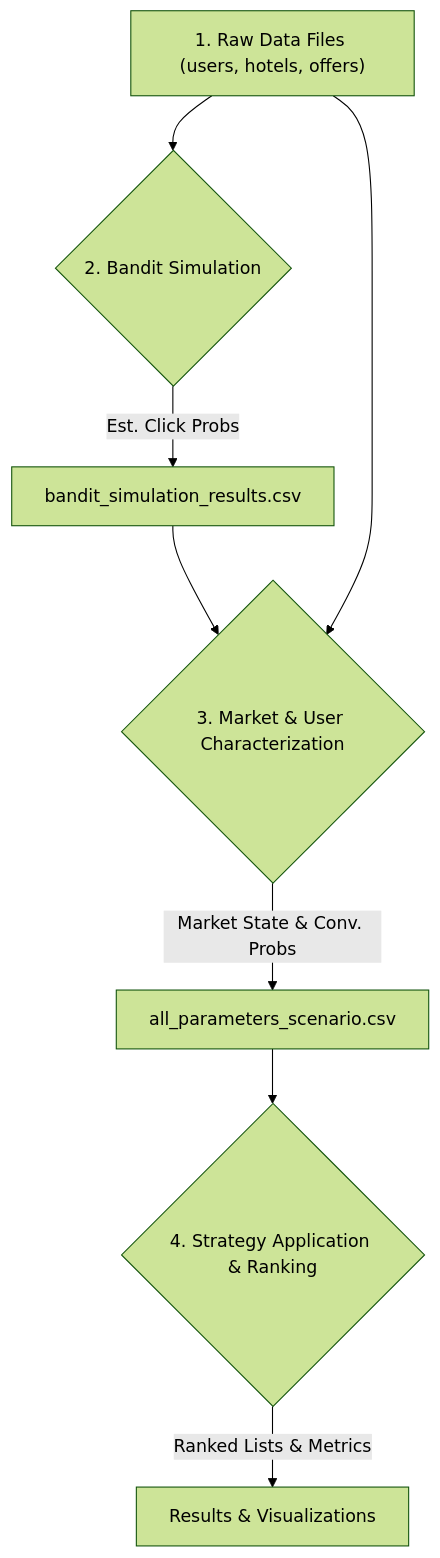
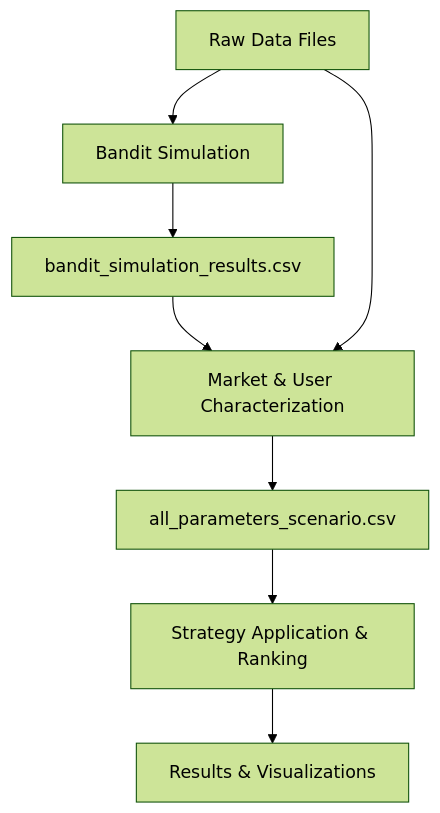
The diagram in README.md (alifradi/Dynamic-Pricing-app), drawn with Mermaid (forest theme) before and after one commit.

````diff
--- a/README.md
+++ b/README.md
@@ -29,10 +29,10 @@
 ```mermaid
 graph TD
-    A["1. Raw Data Files (users, hotels, offers)"] --> B{2. Bandit Simulation};
-    B -- Est. Click Probs --> C[bandit_simulation_results.csv];
-    C --> D{3. Market & User Characterization};
+    A[Raw Data Files] --> B[Bandit Simulation];
+    B --> C[bandit_simulation_results.csv];
+    C --> D[Market & User Characterization];
     A --> D;
-    D -- Market State & Conv. Probs --> E[all_parameters_scenario.csv];
-    E --> F{4. Strategy Application & Ranking};
-    F -- Ranked Lists & Metrics --> G[Results & Visualizations];
+    D --> E[all_parameters_scenario.csv];
+    E --> F[Strategy Application & Ranking];
+    F --> G[Results & Visualizations];
 ```
````
